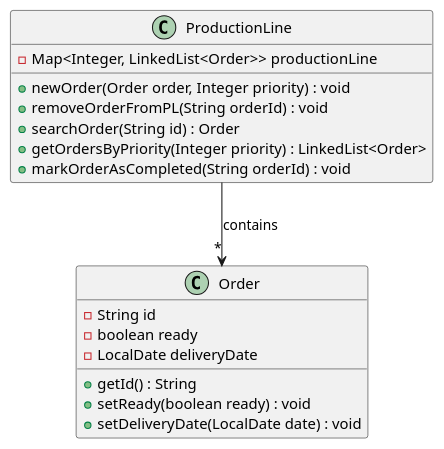
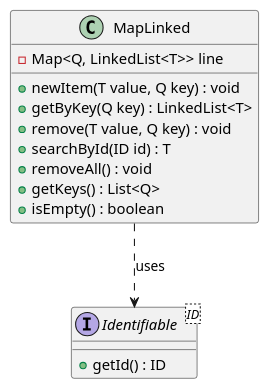
One commit to ricardomm7/buildflow changed the diagram in others/documentation/usEI01/design/puml/class-diagram.puml. Above: the diagram before and after it, drawn with PlantUML. The commit also changed 5 other files, not shown here.

```diff
--- a/others/documentation/usEI01/design/puml/class-diagram.puml
+++ b/others/documentation/usEI01/design/puml/class-diagram.puml
@@ -1,25 +1,21 @@
 @startuml
 skinparam packageStyle rectangle
 skinparam shadowing false
-skinparam linetype polyline
 
-class ProductionLine {
-    - Map<Integer, LinkedList<Order>> productionLine
-    + newOrder(Order order, Integer priority) : void
-    + removeOrderFromPL(String orderId) : void
-    + searchOrder(String id) : Order
-    + getOrdersByPriority(Integer priority) : LinkedList<Order>
-    + markOrderAsCompleted(String orderId) : void
+class MapLinked {
+    - Map<Q, LinkedList<T>> line
+    + newItem(T value, Q key) : void
+    + getByKey(Q key) : LinkedList<T>
+    + remove(T value, Q key) : void
+    + searchById(ID id) : T
+    + removeAll() : void
+    + getKeys() : List<Q>
+    + isEmpty() : boolean
 }
 
-class Order {
-    - String id
-    - boolean ready
-    - LocalDate deliveryDate
-    + getId() : String
-    + setReady(boolean ready) : void
-    + setDeliveryDate(LocalDate date) : void
+interface Identifiable<ID> {
+    + getId() : ID
 }
 
-ProductionLine --> "*" Order : contains
+MapLinked ..> Identifiable : uses
 @enduml
```
